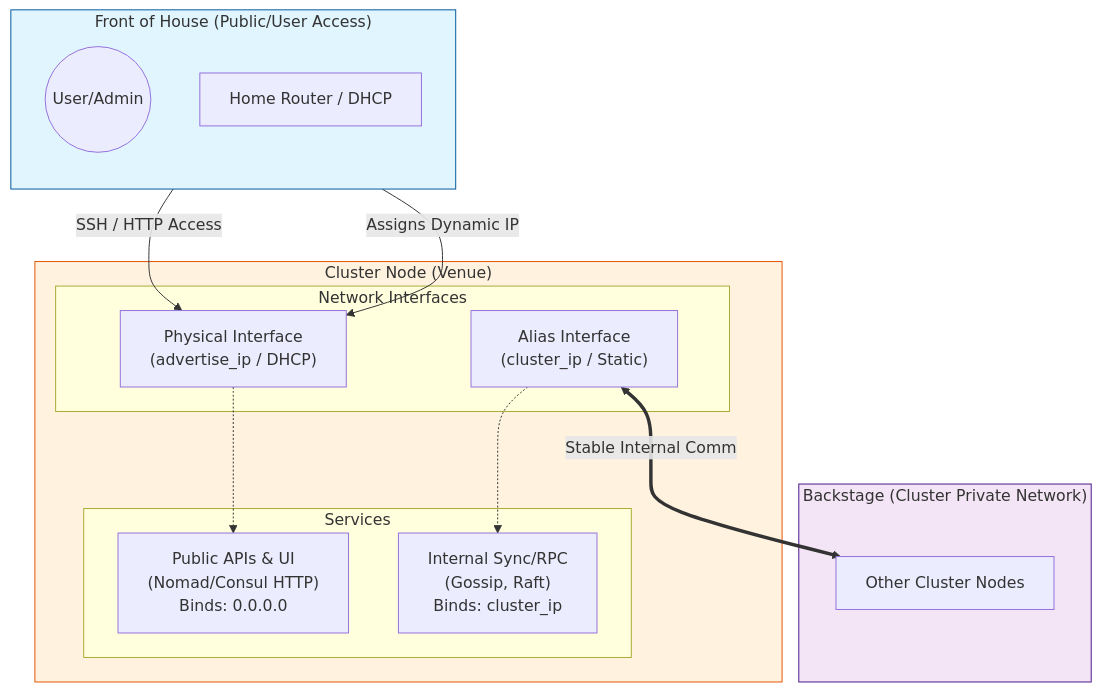
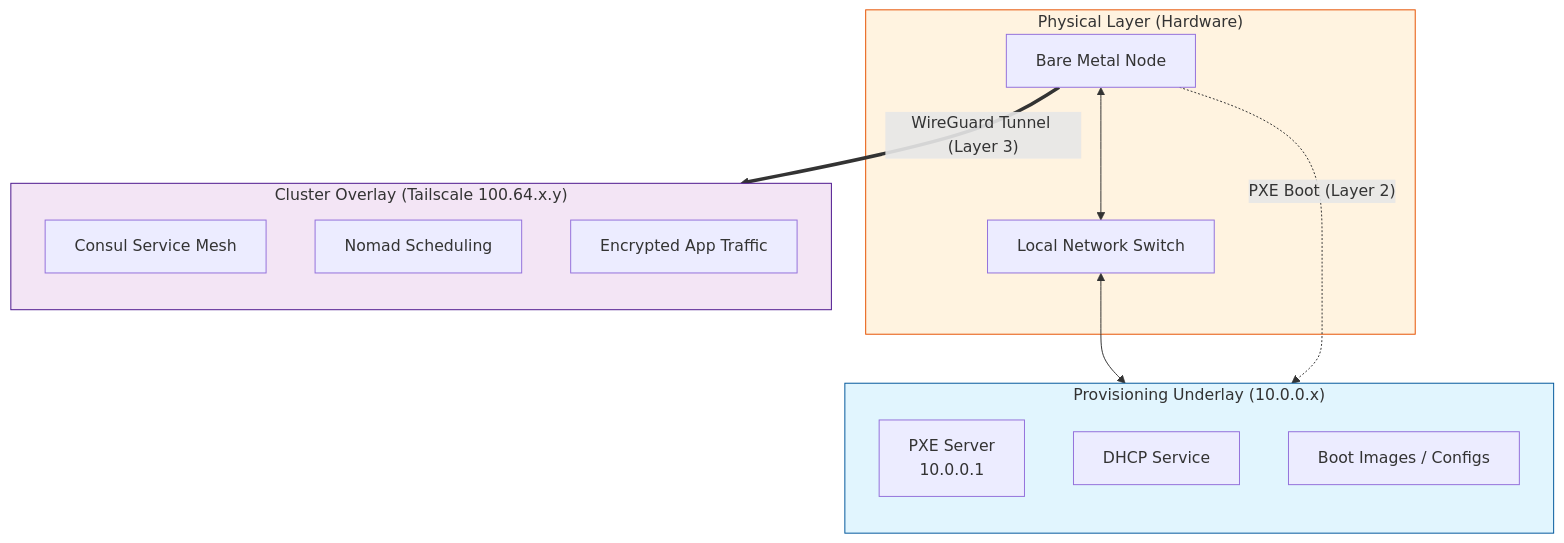
One commit to LokiMetaSmith/llama-cluster-upbringing-script changed the diagram in docs/NETWORK.md. Above: the diagram before and after it, drawn with Mermaid. The commit also changed other lines of this file and 1 other file, not shown here.

First line of the commit message:
Update NETWORK.md to reflect Underlay/Overlay architecture

````diff
--- a/docs/NETWORK.md
+++ b/docs/NETWORK.md
@@ -25,38 +29,33 @@
 ```mermaid
 graph TD
-    subgraph Front_of_House ["Front of House (Public/User Access)"]
-        direction TB
-        User((User/Admin))
-        Router[Home Router / DHCP]
+    subgraph Physical_Layer ["Physical Layer (Hardware)"]
+        Node_HW[Bare Metal Node]
+        Switch[Local Network Switch]
     end
 
-    subgraph Cluster_Node ["Cluster Node (Venue)"]
-        subgraph Network_Interfaces ["Network Interfaces"]
-            Eth0["Physical Interface<br>(advertise_ip / DHCP)"]
-            Alias["Alias Interface<br>(cluster_ip / Static)"]
-        end
-
-        subgraph Services ["Services"]
-            Public_Services["Public APIs & UI<br>(Nomad/Consul HTTP)<br>Binds: 0.0.0.0"]
-            Internal_Services["Internal Sync/RPC<br>(Gossip, Raft)<br>Binds: cluster_ip"]
-        end
+    subgraph Provisioning_Underlay ["Provisioning Underlay (10.0.0.x)"]
+        direction TB
+        PXE_Server[PXE Server<br>10.0.0.1]
+        DHCP[DHCP Service]
+        Boot_Traffic[Boot Images / Configs]
     end
 
-    subgraph Backstage ["Backstage (Cluster Private Network)"]
-        Other_Nodes[Other Cluster Nodes]
+    subgraph Cluster_Overlay ["Cluster Overlay (Tailscale 100.64.x.y)"]
+        direction TB
+        Consul[Consul Service Mesh]
+        Nomad[Nomad Scheduling]
+        App_Traffic[Encrypted App Traffic]
     end
 
     %% Connections
-    User -- "SSH / HTTP Access" --> Eth0
-    Router -- "Assigns Dynamic IP" --> Eth0
+    Node_HW <--> Switch
+    Switch <--> PXE_Server
 
-    Eth0 -.-> Public_Services
-    Alias -.-> Internal_Services
-
-    Alias <== "Stable Internal Comm" ==> Other_Nodes
+    Node_HW -. "PXE Boot (Layer 2)" .-> Provisioning_Underlay
+    Node_HW == "WireGuard Tunnel (Layer 3)" ==> Cluster_Overlay
 
     %% Styling
-    style Front_of_House fill:#e1f5fe,stroke:#01579b
-    style Backstage fill:#f3e5f5,stroke:#4a148c
-    style Cluster_Node fill:#fff3e0,stroke:#e65100
+    style Provisioning_Underlay fill:#e1f5fe,stroke:#01579b
+    style Cluster_Overlay fill:#f3e5f5,stroke:#4a148c
+    style Physical_Layer fill:#fff3e0,stroke:#e65100
 ```
````
